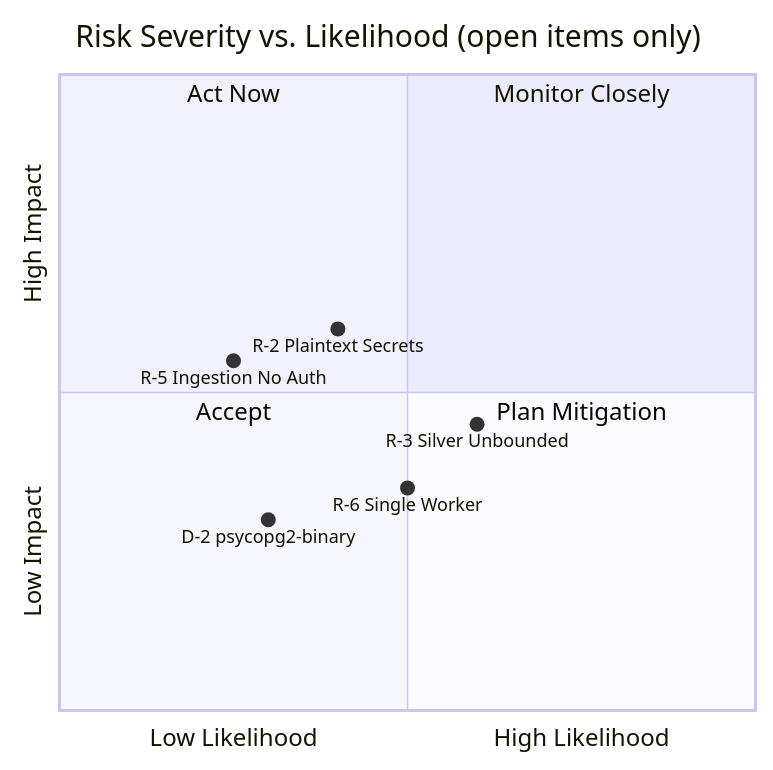
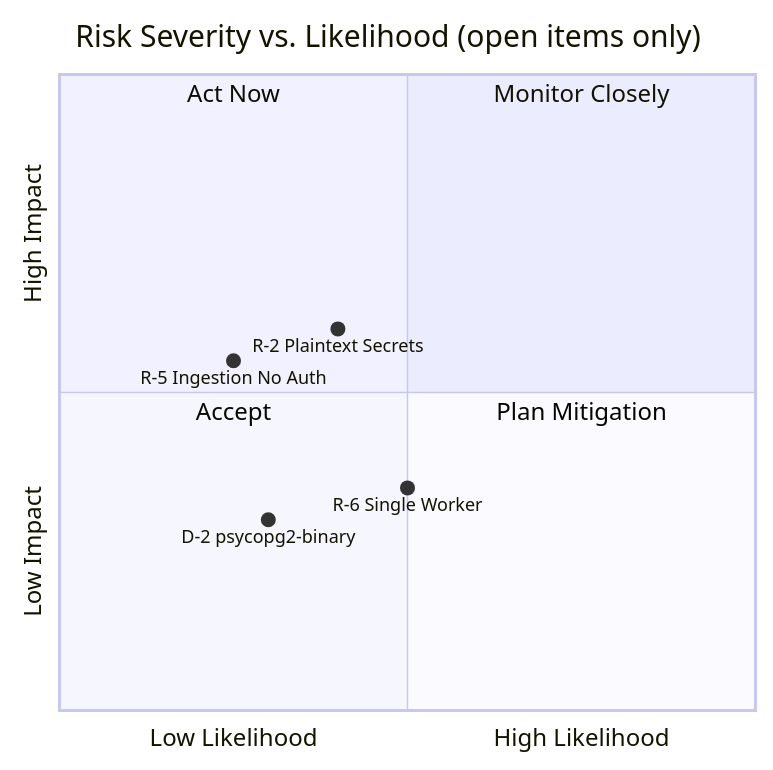
The diagram in docs/arc42/11_risks_and_technical_debts.md (frogfromlake/aer), drawn with Mermaid before and after one commit. The commit also changed other lines of this file and 3 other files, not shown here.

````diff
--- a/docs/arc42/11_risks_and_technical_debts.md
+++ b/docs/arc42/11_risks_and_technical_debts.md
@@ -197,15 +197,14 @@
 ```mermaid
 quadrantChart
     title Risk Severity vs. Likelihood (open items only)
     x-axis "Low Likelihood" --> "High Likelihood"
     y-axis "Low Impact" --> "High Impact"
     quadrant-1 "Monitor Closely"
     quadrant-2 "Act Now"
     quadrant-3 "Accept"
     quadrant-4 "Plan Mitigation"
     "R-2 Plaintext Secrets": [0.4, 0.6]
-    "R-3 Silver Unbounded": [0.6, 0.45]
     "R-5 Ingestion No Auth": [0.25, 0.55]
     "R-6 Single Worker": [0.5, 0.35]
     "D-2 psycopg2-binary": [0.3, 0.3]
 ```
````
